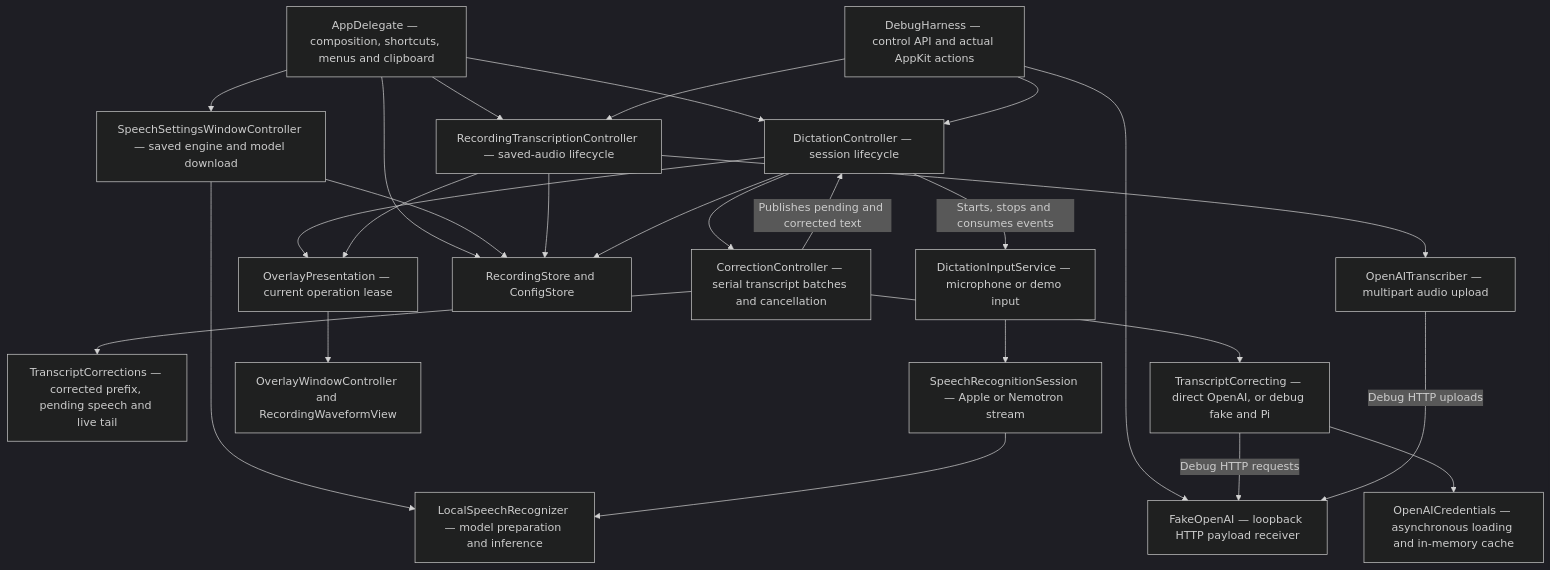
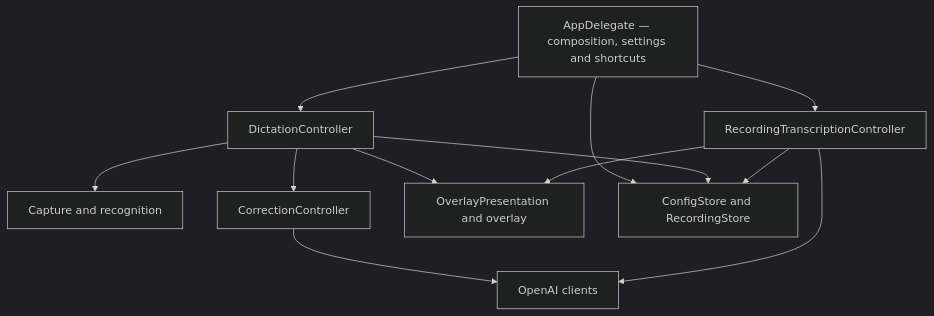
One commit to codethread/Chatty.app changed the third of 3 diagrams in docs/architecture.md. Above: the diagram before and after it, drawn with Mermaid (dark theme). The commit also changed other lines of this file and 5 other files, not shown here.

````diff
--- a/docs/architecture.md
+++ b/docs/architecture.md
@@ -70,45 +56,22 @@
 ```mermaid
 flowchart TD
-  entry["AppDelegate — composition, shortcuts, menus and clipboard"]
-  core["DictationController — session lifecycle"]
-  input["DictationInputService — microphone or demo input"]
-  cleanup["CorrectionController — serial transcript batches and cancellation"]
-  document["TranscriptCorrections — corrected prefix, pending speech and live tail"]
-  provider["TranscriptCorrecting — direct OpenAI, or debug fake and Pi"]
-  credentials["OpenAICredentials — asynchronous loading and in-memory cache"]
-  overlay["OverlayWindowController and RecordingWaveformView"]
-  storage["RecordingStore and ConfigStore"]
-  recognition["SpeechRecognitionSession — Apple or Nemotron stream"]
-  localmodel["LocalSpeechRecognizer — model preparation and inference"]
-  speechsettings["SpeechSettingsWindowController — saved engine and model download"]
-  history["RecordingTranscriptionController — saved-audio lifecycle"]
-  audioapi["OpenAITranscriber — multipart audio upload"]
-  presentation["OverlayPresentation — current operation lease"]
-  harness["DebugHarness — control API and actual AppKit actions"]
-  fake["FakeOpenAI — loopback HTTP payload receiver"]
+  entry["AppDelegate — composition, settings and shortcuts"]
+  core["DictationController"]
+  input["Capture and recognition"]
+  cleanup["CorrectionController"]
+  history["RecordingTranscriptionController"]
+  presentation["OverlayPresentation and overlay"]
+  storage["ConfigStore and RecordingStore"]
+  api["OpenAI clients"]
   entry --> core
+  entry --> history
   entry --> storage
-  entry --> history
-  entry --> speechsettings
-  speechsettings --> storage
-  speechsettings --> localmodel
-  input --> recognition
-  recognition --> localmodel
-  core -- "Starts, stops and consumes events" --> input
+  core --> input
   core --> cleanup
   core --> presentation
+  core --> storage
+  cleanup --> api
+  history --> api
   history --> presentation
-  presentation --> overlay
-  history --> audioapi
   history --> storage
-  harness --> core
-  harness --> history
-  harness --> fake
-  provider -- "Debug HTTP requests" --> fake
-  audioapi -- "Debug HTTP uploads" --> fake
-  core --> storage
-  cleanup --> document
-  cleanup --> provider
-  provider --> credentials
-  cleanup -- "Publishes pending and corrected text" --> core
 ```
````
